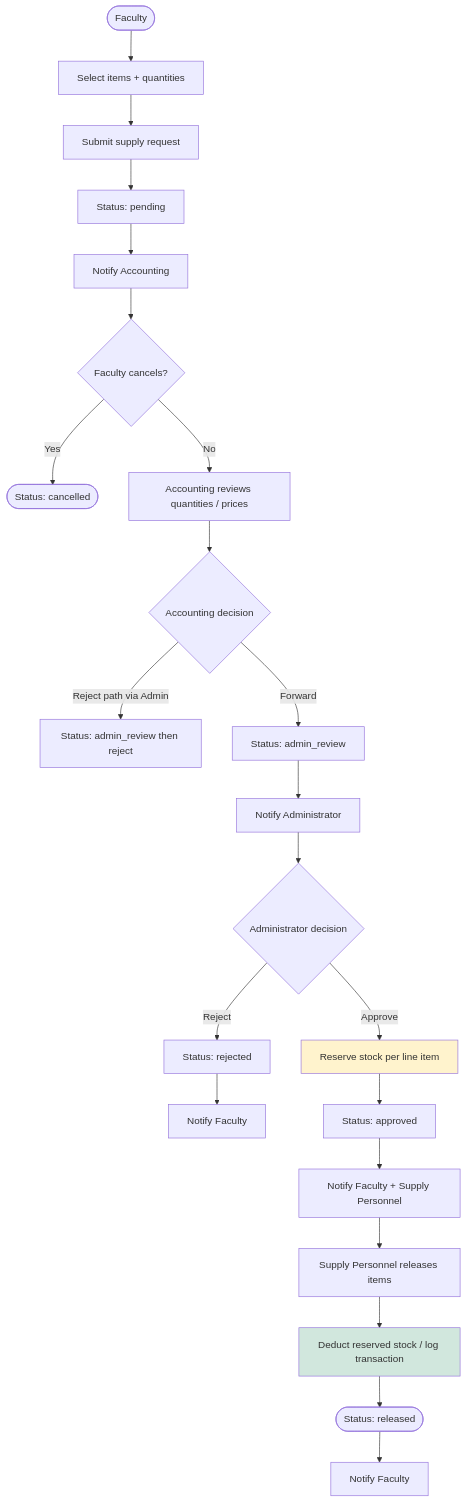
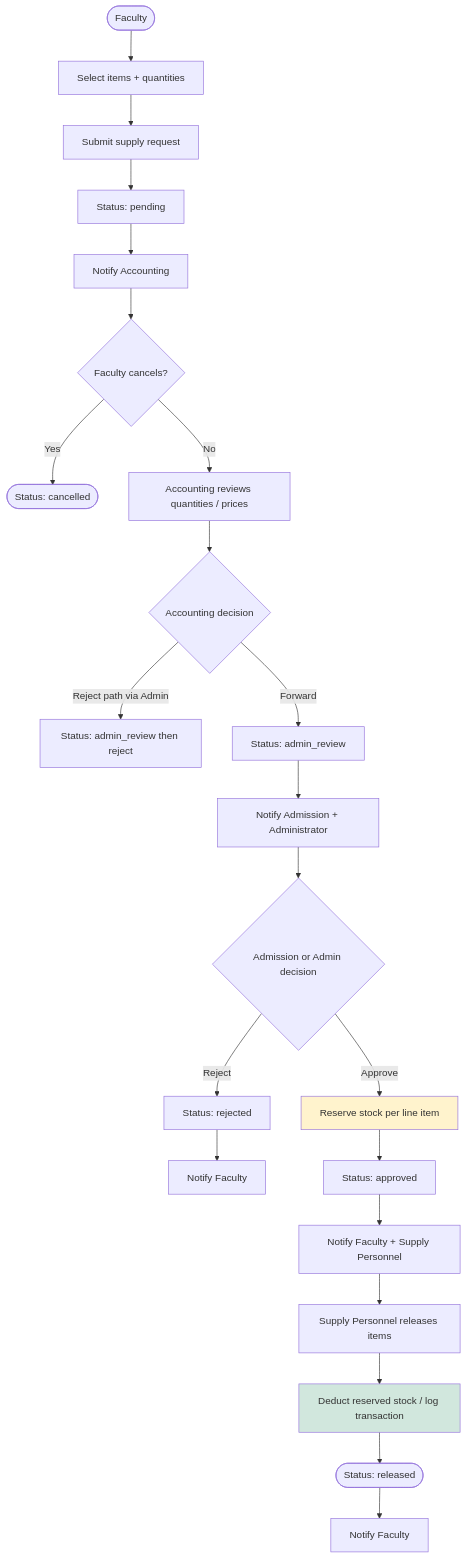
One commit to rhems95/PECIT-Smart-Inventory-System changed the second of 8 diagrams in docs/FLOWCHART.md. Above: the diagram before and after it, drawn with Mermaid. The commit also changed other lines of this file and 42 other files, not shown here.

````diff
--- a/docs/FLOWCHART.md
+++ b/docs/FLOWCHART.md
@@ -46,27 +48,27 @@
 ```mermaid
 flowchart TD
     A([Faculty]) --> B[Select items + quantities]
     B --> C[Submit supply request]
     C --> D[Status: pending]
     D --> E[Notify Accounting]
     E --> F{Faculty cancels?}
     F -->|Yes| G([Status: cancelled])
     F -->|No| H[Accounting reviews quantities / prices]
     H --> I{Accounting decision}
     I -->|Reject path via Admin| J[Status: admin_review then reject]
     I -->|Forward| K[Status: admin_review]
-    K --> L[Notify Administrator]
-    L --> M{Administrator decision}
+    K --> L[Notify Admission + Administrator]
+    L --> M{Admission or Admin decision}
     M -->|Reject| N[Status: rejected]
     N --> O[Notify Faculty]
     M -->|Approve| P[Reserve stock per line item]
     P --> Q[Status: approved]
     Q --> R[Notify Faculty + Supply Personnel]
     R --> S[Supply Personnel releases items]
     S --> T[Deduct reserved stock / log transaction]
     T --> U([Status: released])
     U --> V[Notify Faculty]
 
     style P fill:#fff3cd
     style T fill:#d1e7dd
 ```
````
